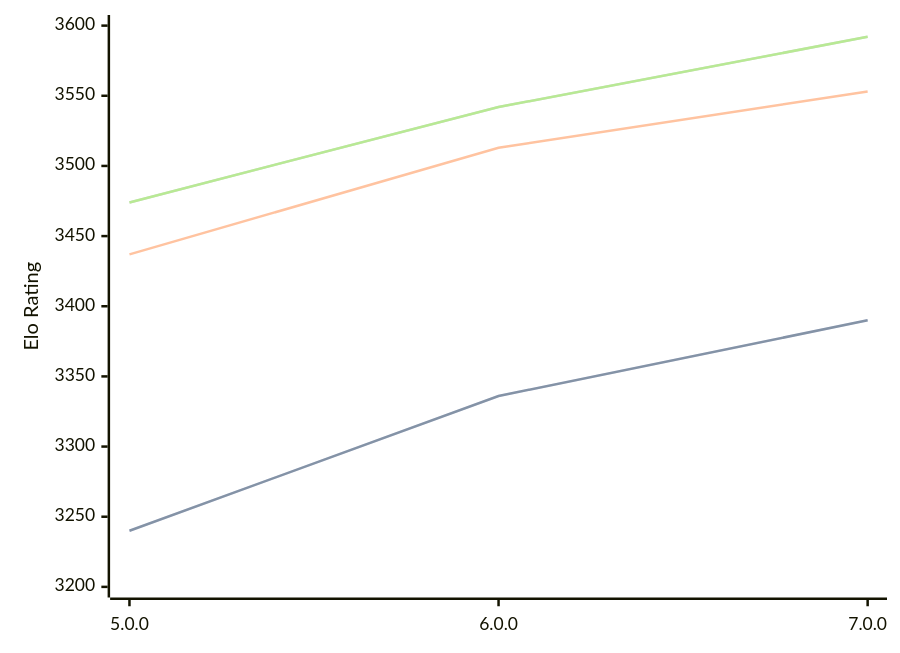
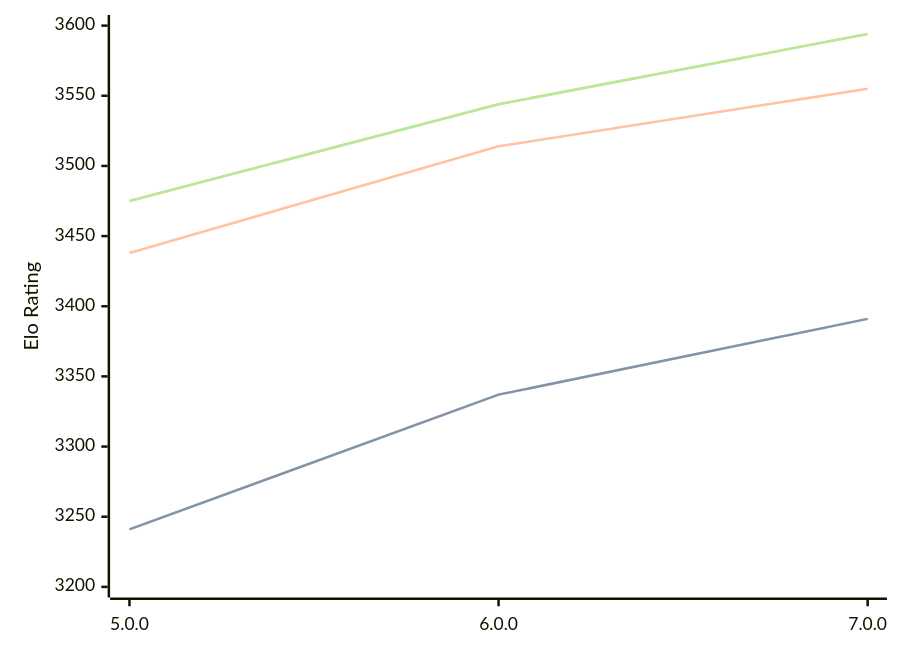
Before and after one commit to computer-chess-index/cci: the diagram in engines/Stormphrax.md, drawn with Mermaid. The commit also changed other lines of this file, not shown here.

Commit message:
Update CCI Ratings (ELO VLTC) - 2026-02-21

````diff
--- a/engines/Stormphrax.md
+++ b/engines/Stormphrax.md
@@ -35,11 +35,11 @@
 ```mermaid
 %%{init: {"theme":"base","themeVariables":{"seriesColors:['#a3a3a3','#222221','#faa371']}}}%%
 xychart-beta
   x-axis ["5.0.0", "6.0.0", "7.0.0"]
   y-axis "Elo Rating" 3200 --> 3600
-  line "STC (8.0+0.08s)" [3240, 3336, 3390]
-  line "STC (8.0+0.08s)" [3240, 3336, 3390]
-  line "LTC (60.0+0.60s)" [3437, 3513, 3553]
-  line "VLTC (2m24s+1.12s)" [3474, 3542, 3592]
-  line "VLTC (2m24s+1.12s)" [3474, 3542, 3592]
+  line "STC (8.0+0.08s)" [3241, 3337, 3391]
+  line "STC (8.0+0.08s)" [3241, 3337, 3391]
+  line "LTC (60.0+0.60s)" [3438, 3514, 3555]
+  line "VLTC (2m24s+1.12s)" [3475, 3544, 3594]
+  line "VLTC (2m24s+1.12s)" [3475, 3544, 3594]
 ```
````
